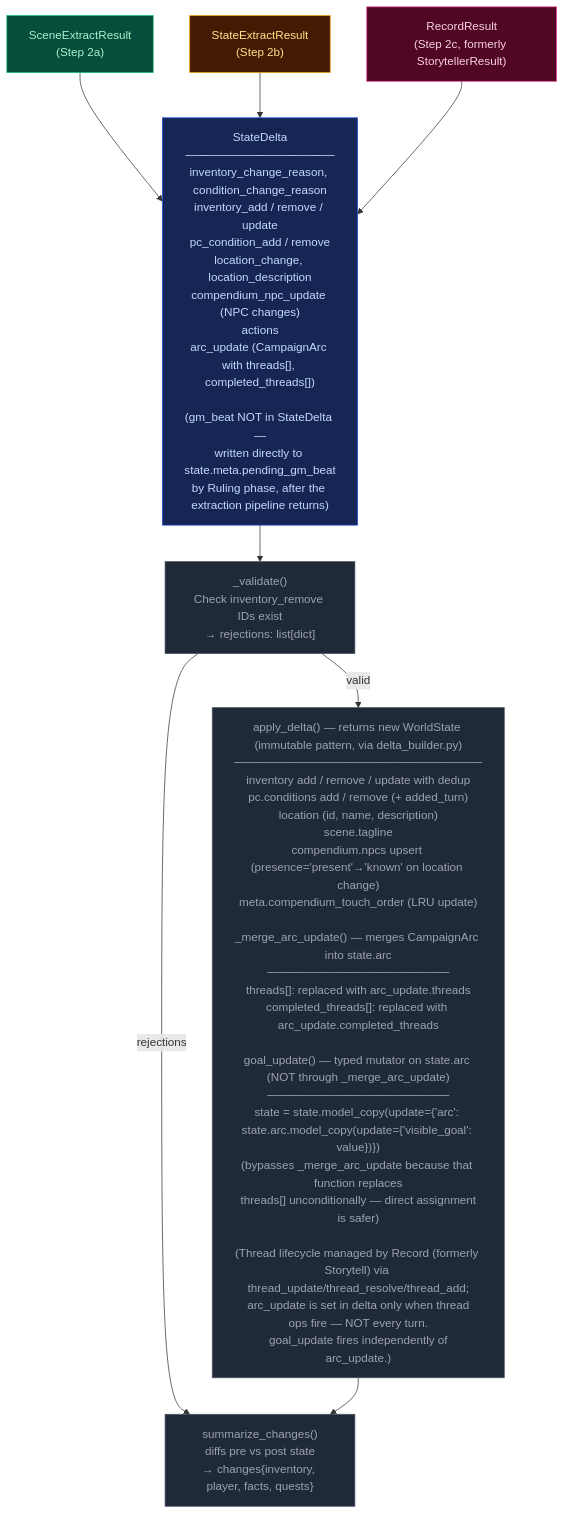
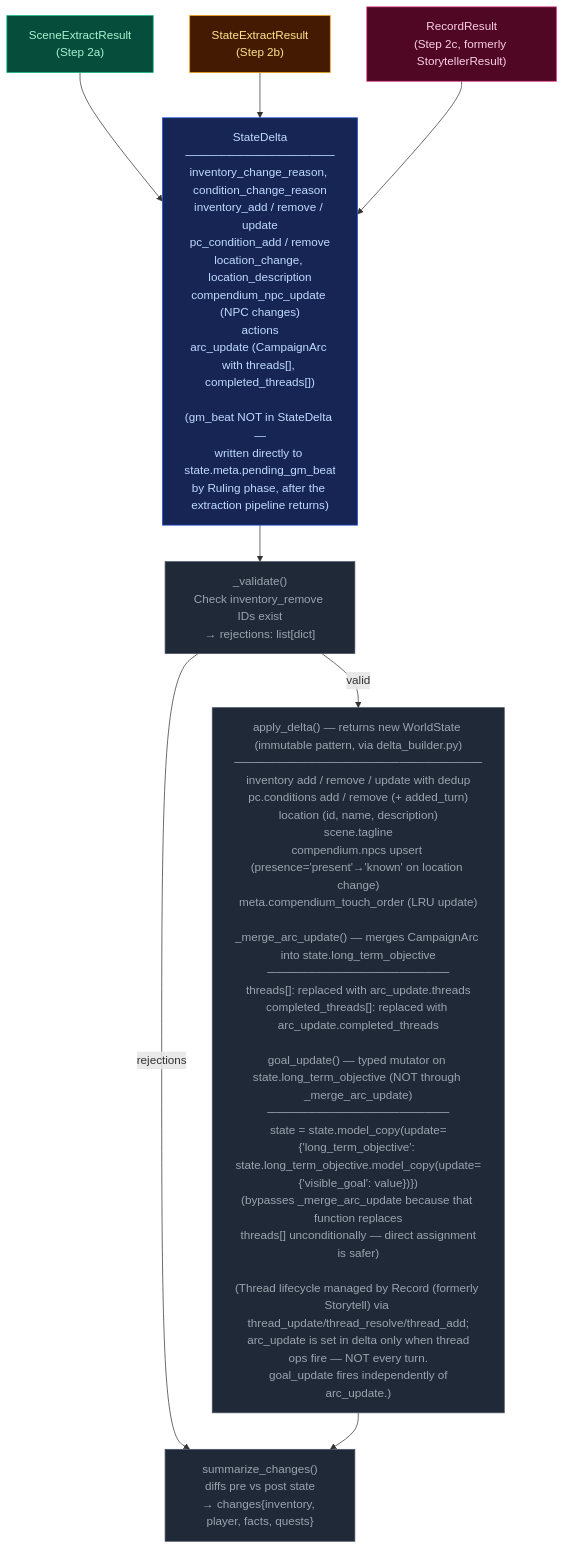
One commit to pww217/fablethread changed the diagram in docs/architecture/delta-validate.md. Above: the diagram before and after it, drawn with Mermaid. The commit also changed 39 other files, not shown here.

````diff
--- a/docs/architecture/delta-validate.md
+++ b/docs/architecture/delta-validate.md
@@ -7,28 +7,28 @@
 ```mermaid
 flowchart TD
     classDef stageScene    fill:#064e3b,color:#a7f3d0,stroke:#10b981
     classDef stageState    fill:#451a03,color:#fde68a,stroke:#f59e0b
     classDef stageProgress fill:#500724,color:#fbcfe8,stroke:#ec4899
     classDef pyNode        fill:#1f2937,color:#9ca3af,stroke:#4b5563
     classDef mergeNode     fill:#172554,color:#bfdbfe,stroke:#1d4ed8
 
     SR1["SceneExtractResult<br>(Step 2a)"]:::stageScene
     SR2["StateExtractResult<br>(Step 2b)"]:::stageState
     SR3["RecordResult<br>(Step 2c, formerly StorytellerResult)"]:::stageProgress
 
     MERGE["StateDelta<br>──────────────────<br>inventory_change_reason, condition_change_reason<br>inventory_add / remove / update<br>pc_condition_add / remove<br>location_change, location_description<br>compendium_npc_update (NPC changes)<br>actions<br>arc_update (CampaignArc with threads[], completed_threads[])<br><br>(gm_beat NOT in StateDelta —<br>written directly to state.meta.pending_gm_beat<br>by Ruling phase, after the extraction pipeline returns)"]:::mergeNode
 
     VALIDATE["_validate()<br>Check inventory_remove IDs exist<br>→ rejections: list[dict]"]:::pyNode
 
-    APPLY["apply_delta() — returns new WorldState (immutable pattern, via delta_builder.py)<br>──────────────────────────────<br>inventory add / remove / update with dedup<br>pc.conditions add / remove (+ added_turn)<br>location (id, name, description)<br>scene.tagline<br>compendium.npcs upsert (presence='present'→'known' on location change)<br>meta.compendium_touch_order (LRU update)<br><br>_merge_arc_update() — merges CampaignArc into state.arc<br>──────────────────────<br>threads[]: replaced with arc_update.threads<br>completed_threads[]: replaced with arc_update.completed_threads<br><br>goal_update() — typed mutator on state.arc (NOT through _merge_arc_update)<br>──────────────────────<br>state = state.model_copy(update={'arc': state.arc.model_copy(update={'visible_goal': value})})<br>(bypasses _merge_arc_update because that function replaces<br> threads[] unconditionally — direct assignment is safer)<br><br>(Thread lifecycle managed by Record (formerly Storytell) via thread_update/thread_resolve/thread_add;<br> arc_update is set in delta only when thread ops fire — NOT every turn.<br> goal_update fires independently of arc_update.)"]:::pyNode
+    APPLY["apply_delta() — returns new WorldState (immutable pattern, via delta_builder.py)<br>──────────────────────────────<br>inventory add / remove / update with dedup<br>pc.conditions add / remove (+ added_turn)<br>location (id, name, description)<br>scene.tagline<br>compendium.npcs upsert (presence='present'→'known' on location change)<br>meta.compendium_touch_order (LRU update)<br><br>_merge_arc_update() — merges CampaignArc into state.long_term_objective<br>──────────────────────<br>threads[]: replaced with arc_update.threads<br>completed_threads[]: replaced with arc_update.completed_threads<br><br>goal_update() — typed mutator on state.long_term_objective (NOT through _merge_arc_update)<br>──────────────────────<br>state = state.model_copy(update={'long_term_objective': state.long_term_objective.model_copy(update={'visible_goal': value})})<br>(bypasses _merge_arc_update because that function replaces<br> threads[] unconditionally — direct assignment is safer)<br><br>(Thread lifecycle managed by Record (formerly Storytell) via thread_update/thread_resolve/thread_add;<br> arc_update is set in delta only when thread ops fire — NOT every turn.<br> goal_update fires independently of arc_update.)"]:::pyNode
 
     DIFF["summarize_changes()<br>diffs pre vs post state<br>→ changes{inventory, player, facts, quests}"]:::pyNode
 
     SR1 --> MERGE
     SR2 --> MERGE
     SR3 --> MERGE
     MERGE --> VALIDATE
     VALIDATE -- "valid" --> APPLY
     VALIDATE -- "rejections" --> DIFF
     APPLY --> DIFF
 ```
````
